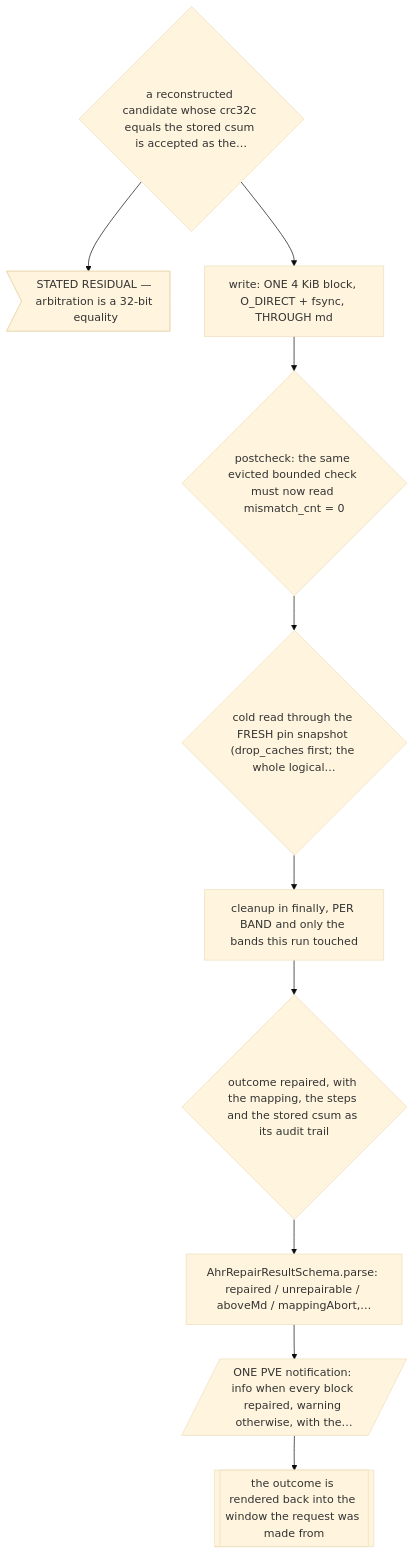
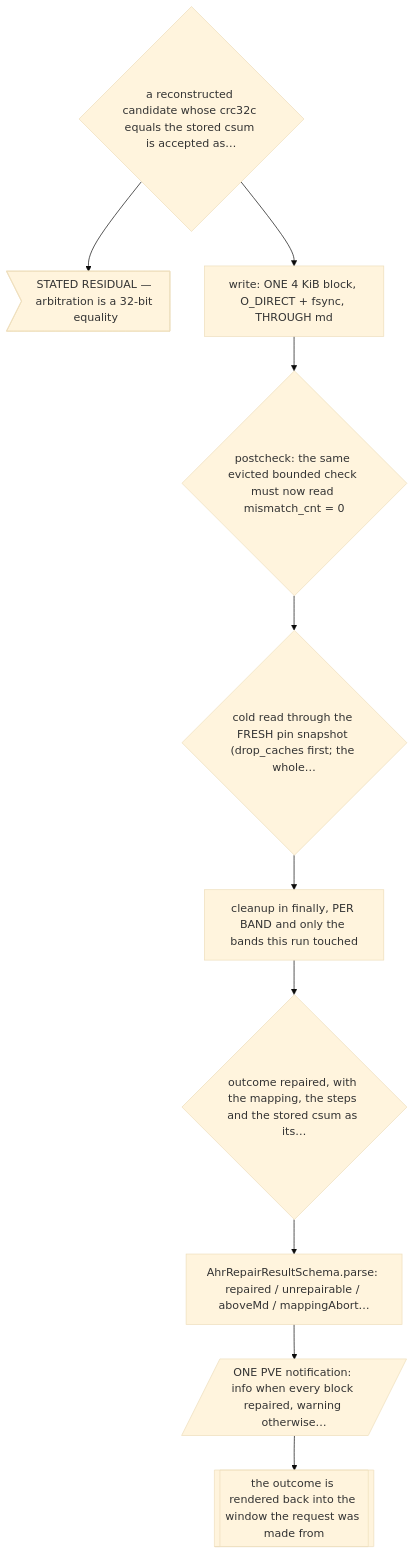
Before and after one commit to devn-ch/anas: diagram 19 of 24 in docs/AHR-SELF-HEAL-DECISION-TREE.md, drawn with Mermaid (base theme). The commit also changed other lines of this file and 22 other files, not shown here.

````diff
--- a/docs/AHR-SELF-HEAL-DECISION-TREE.md
+++ b/docs/AHR-SELF-HEAL-DECISION-TREE.md
@@ -1575,22 +1691,22 @@
 ```mermaid
 flowchart TD
-  X19{"a reconstructed candidate whose crc32c equals the stored csum is accepted as the…"}
+  X19{"a reconstructed candidate whose crc32c equals the stored csum is accepted as…"}
   E08b>"STATED RESIDUAL — arbitration is a 32-bit equality"]
   E11["write: ONE 4 KiB block, O_DIRECT + fsync, THROUGH md"]
   E12{"postcheck: the same evicted bounded check must now read mismatch_cnt = 0"}
-  E13{"cold read through the FRESH pin snapshot (drop_caches first; the whole logical…"}
+  E13{"cold read through the FRESH pin snapshot (drop_caches first; the whole…"}
   E14["cleanup in finally, PER BAND and only the bands this run touched"]
-  E15{"outcome repaired, with the mapping, the steps and the stored csum as its audit trail"}
-  J50["AhrRepairResultSchema.parse: repaired / unrepairable / aboveMd / mappingAbort,…"]
-  J51[/"ONE PVE notification: info when every block repaired, warning otherwise, with the…"/]
+  E15{"outcome repaired, with the mapping, the steps and the stored csum as its…"}
+  J50["AhrRepairResultSchema.parse: repaired / unrepairable / aboveMd / mappingAbort…"]
+  J51[/"ONE PVE notification: info when every block repaired, warning otherwise…"/]
   J52[["the outcome is rendered back into the window the request was made from"]]
   X19 --> E08b
   X19 --> E11
   E11 --> E12
   E12 --> E13
   E13 --> E14
   E14 --> E15
   E15 --> J50
   J50 --> J51
   J51 --> J52
 ```
````
